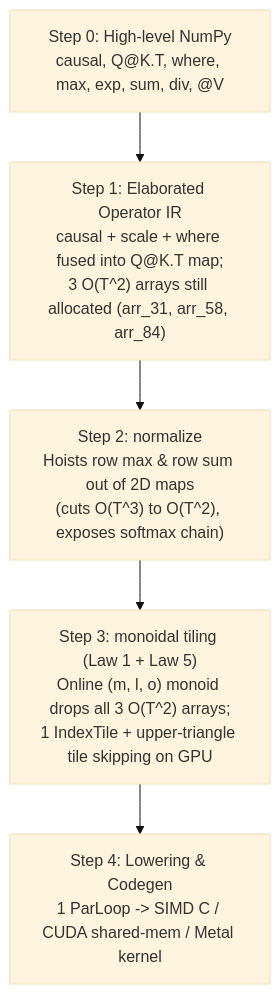
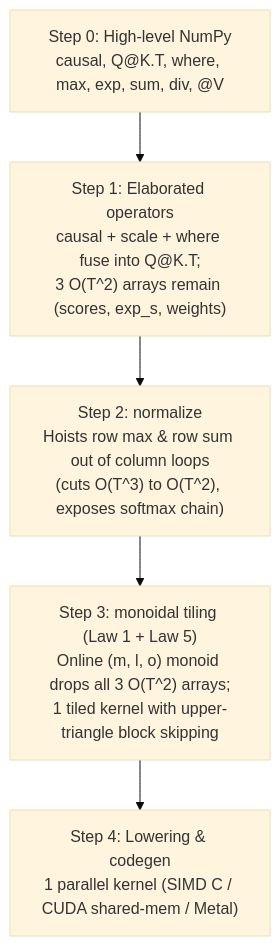
One commit to iskandr/parakeet changed the second of 2 diagrams in docs/primitives.md. Above: the diagram before and after it, drawn with Mermaid (base theme). The commit also changed other lines of this file and 10 other files, not shown here.

````diff
--- a/docs/primitives.md
+++ b/docs/primitives.md
@@ -257,8 +221,8 @@
 ```mermaid
 flowchart TD
   S0["Step 0: High-level NumPy<br/>causal, Q@K.T, where, max, exp, sum, div, @V"] --> S1
-  S1["Step 1: Elaborated Operator IR<br/>causal + scale + where fused into Q@K.T map;<br/>3 O(T^2) arrays still allocated (arr_31, arr_58, arr_84)"] --> S2
-  S2["Step 2: normalize<br/>Hoists row max & row sum out of 2D maps<br/>(cuts O(T^3) to O(T^2), exposes softmax chain)"] --> S3
-  S3["Step 3: monoidal tiling (Law 1 + Law 5)<br/>Online (m, l, o) monoid drops all 3 O(T^2) arrays;<br/>1 IndexTile + upper-triangle tile skipping on GPU"] --> S4
-  S4["Step 4: Lowering & Codegen<br/>1 ParLoop -> SIMD C / CUDA shared-mem / Metal kernel"]
+  S1["Step 1: Elaborated operators<br/>causal + scale + where fuse into Q@K.T;<br/>3 O(T^2) arrays remain (scores, exp_s, weights)"] --> S2
+  S2["Step 2: normalize<br/>Hoists row max & row sum out of column loops<br/>(cuts O(T^3) to O(T^2), exposes softmax chain)"] --> S3
+  S3["Step 3: monoidal tiling (Law 1 + Law 5)<br/>Online (m, l, o) monoid drops all 3 O(T^2) arrays;<br/>1 tiled kernel with upper-triangle block skipping"] --> S4
+  S4["Step 4: Lowering & codegen<br/>1 parallel kernel (SIMD C / CUDA shared-mem / Metal)"]
 ```
````
